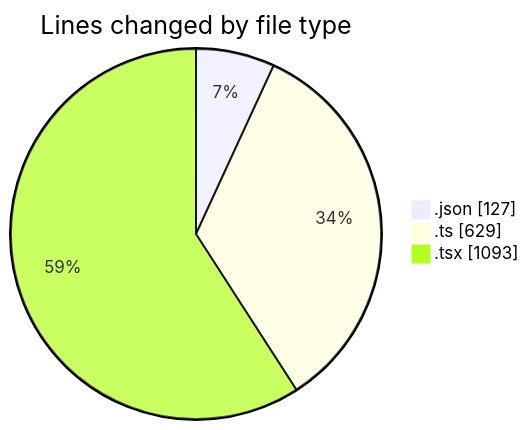
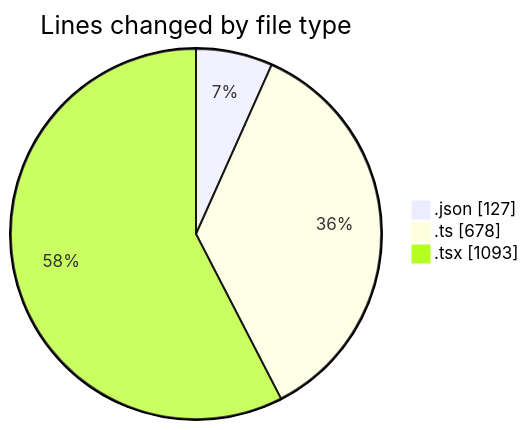
Before and after one commit to julien-gomy/code-tracking: the first of 2 diagrams in 2025-11-12/eventscop-frontend-guide__workspace_/README.md, drawn with Mermaid. The commit also changed other lines of this file and 1 other file, not shown here.

````diff
--- a/2025-11-12/eventscop-frontend-guide__workspace_/README.md
+++ b/2025-11-12/eventscop-frontend-guide__workspace_/README.md
@@ -27,7 +28,7 @@
 ```mermaid
 pie showData
 title Lines changed by file type
 ".json" : 127
-".ts" : 629
+".ts" : 678
 ".tsx" : 1093
 ```
````
